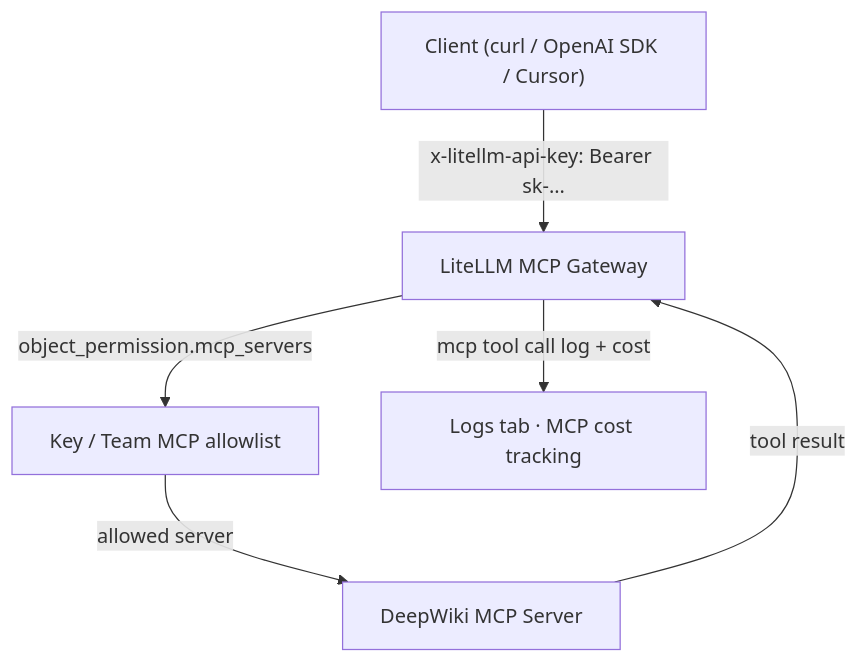
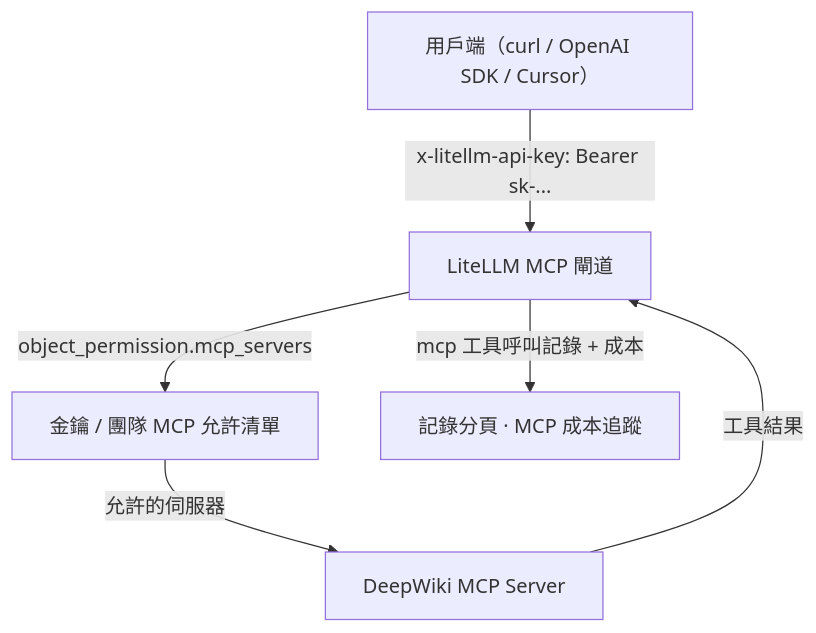
Before and after one commit to doggy8088/litellm-docs: the third of 4 diagrams in docs/learn/enterprise_quickstart.md, drawn with Mermaid. The commit also changed other lines of this file and 1412 other files, not shown here.

````diff
--- a/docs/learn/enterprise_quickstart.md
+++ b/docs/learn/enterprise_quickstart.md
@@ -350,9 +420,9 @@
 ```mermaid
 flowchart TD
-    CLIENT["Client (curl / OpenAI SDK / Cursor)"]
-    CLIENT -->|"x-litellm-api-key: Bearer sk-..."| PROXY["LiteLLM MCP Gateway"]
-    PROXY -->|"object_permission.mcp_servers"| PERMS["Key / Team MCP allowlist"]
-    PERMS -->|"allowed server"| MCP["DeepWiki MCP Server"]
-    MCP -->|"tool result"| PROXY
-    PROXY -->|"mcp tool call log + cost"| LOGS["Logs tab · MCP cost tracking"]
+    CLIENT["用戶端（curl / OpenAI SDK / Cursor）"]
+    CLIENT -->|"x-litellm-api-key: Bearer sk-..."| PROXY["LiteLLM MCP 閘道"]
+    PROXY -->|"object_permission.mcp_servers"| PERMS["金鑰 / 團隊 MCP 允許清單"]
+    PERMS -->|"允許的伺服器"| MCP["DeepWiki MCP Server"]
+    MCP -->|"工具結果"| PROXY
+    PROXY -->|"mcp 工具呼叫記錄 + 成本"| LOGS["記錄分頁 · MCP 成本追蹤"]
 ```
````
